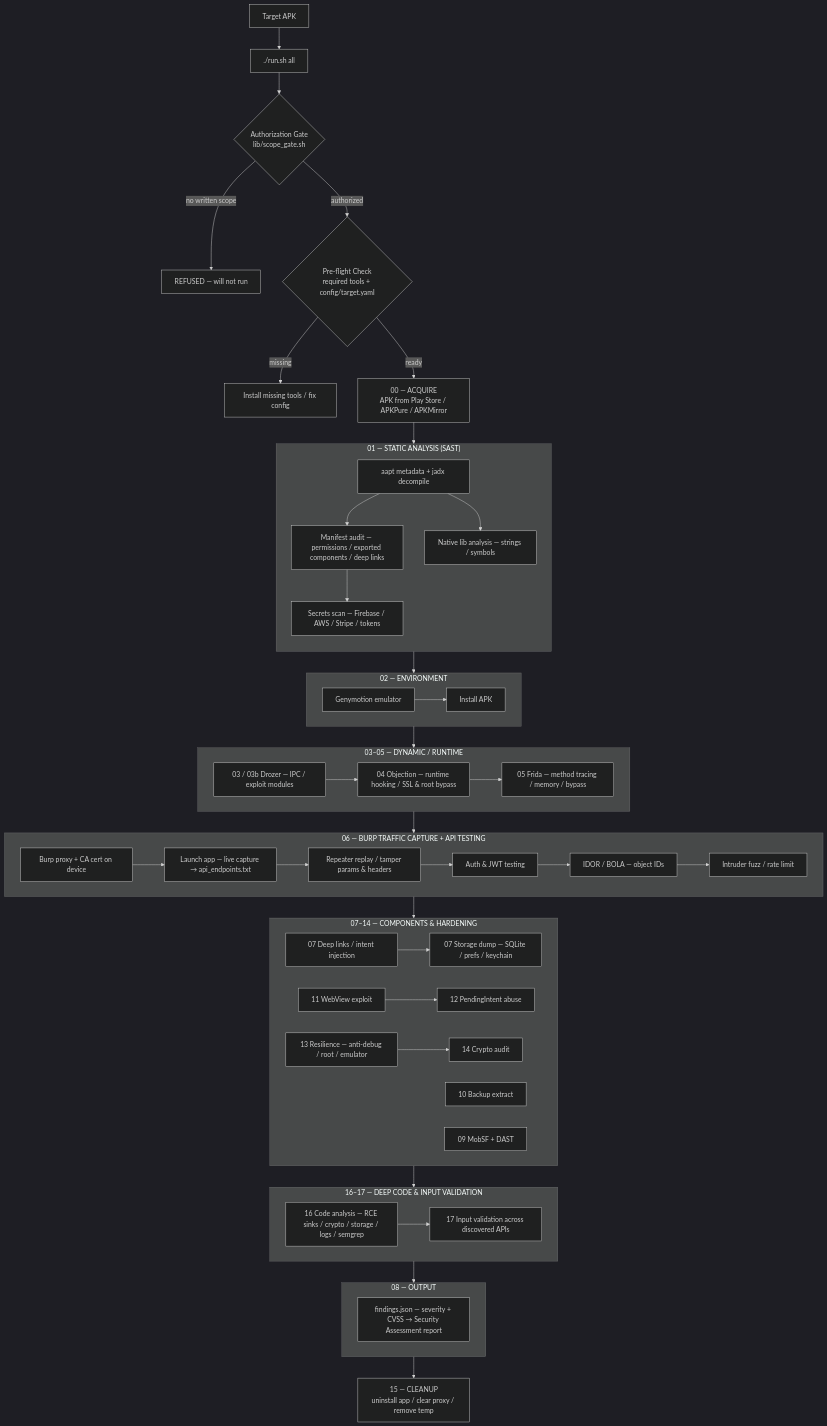
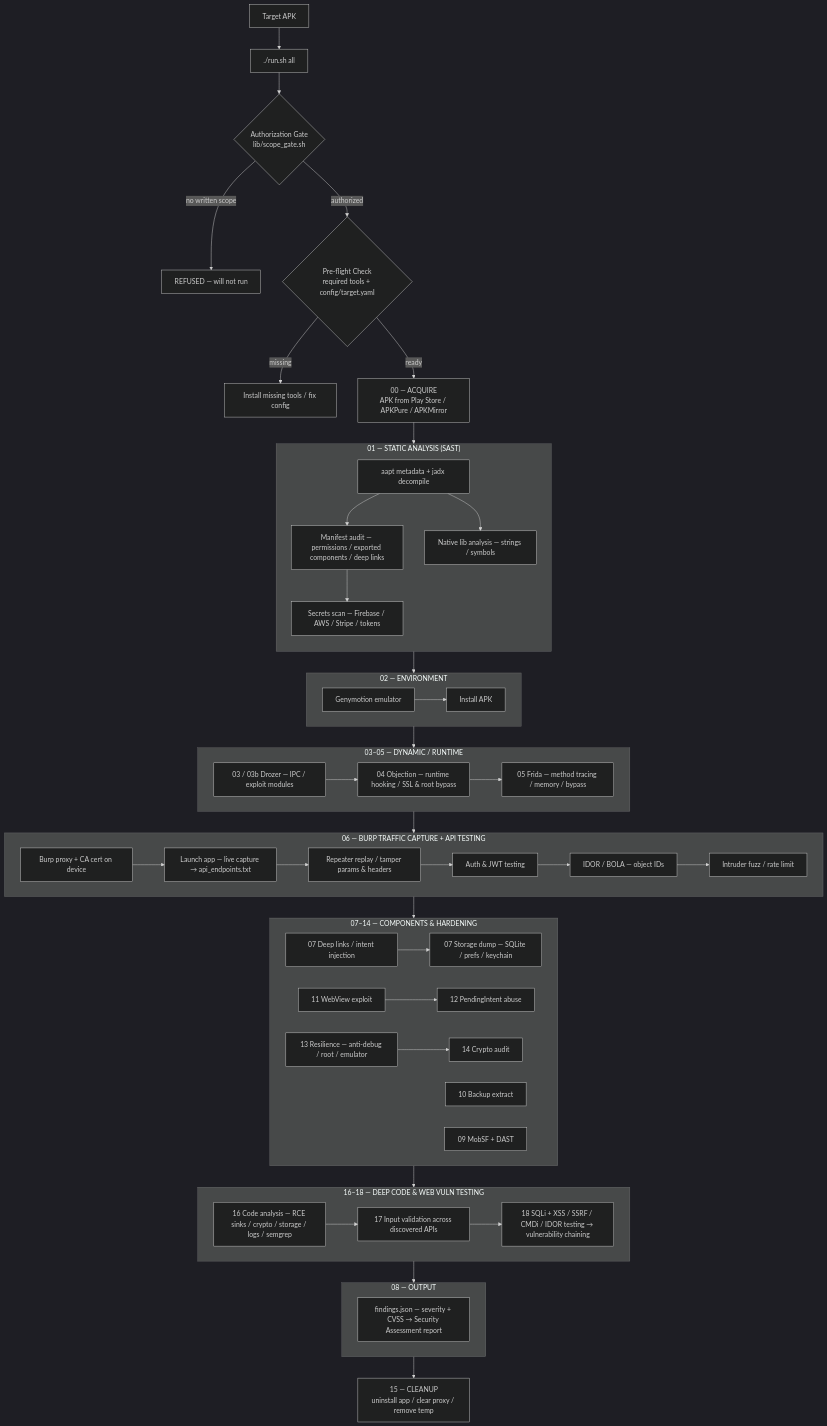
One commit to Vinayakji/viny-motion changed the diagram in README.md. Above: the diagram before and after it, drawn with Mermaid (dark theme). The commit also changed other lines of this file and 2 other files, not shown here.

First line of the commit message:
feat: add phase 18 — SQLi + multi-class web vuln testing with vulnerability chaining

````diff
--- a/README.md
+++ b/README.md
@@ -11,80 +11,82 @@
 ```mermaid
 flowchart TD
     APK[Target APK] --> RUN[./run.sh all]
     RUN --> GATE{Authorization Gate<br/>lib/scope_gate.sh}
     GATE -- "no written scope" --> REFUSE[REFUSED — will not run]
     GATE -- "authorized" --> CHECK{Pre-flight Check<br/>required tools + config/target.yaml}
     CHECK -- "missing" --> FIX[Install missing tools / fix config]
     CHECK -- "ready" --> S0
 
     S0["00 — ACQUIRE<br/>APK from Play Store / APKPure / APKMirror"]
 
     subgraph S1["01 — STATIC ANALYSIS (SAST)"]
         direction TB
         S1a[aapt metadata + jadx decompile]
         S1b[Manifest audit — permissions / exported components / deep links]
         S1c[Secrets scan — Firebase / AWS / Stripe / tokens]
         S1d[Native lib analysis — strings / symbols]
         S1a --> S1b --> S1c
         S1a --> S1d
     end
 
     S0 --> S1
 
     subgraph S2["02 — ENVIRONMENT"]
         S2a[Genymotion emulator]
         S2b[Install APK]
         S2a --> S2b
     end
     S1 --> S2
 
     subgraph S3["03–05 — DYNAMIC / RUNTIME"]
         S3a[03 / 03b Drozer — IPC / exploit modules]
         S3b[04 Objection — runtime hooking / SSL & root bypass]
         S3c[05 Frida — method tracing / memory / bypass]
         S3a --> S3b --> S3c
     end
     S2 --> S3
 
     subgraph S4["06 — BURP TRAFFIC CAPTURE + API TESTING"]
         S4a[Burp proxy + CA cert on device]
         S4b[Launch app — live capture → api_endpoints.txt]
         S4c[Repeater replay / tamper params & headers]
         S4d[Auth & JWT testing]
         S4e[IDOR / BOLA — object IDs]
         S4f[Intruder fuzz / rate limit]
         S4a --> S4b
         S4b --> S4c --> S4d --> S4e --> S4f
     end
     S3 --> S4
 
     subgraph S5["07–14 — COMPONENTS & HARDENING"]
         S5a[07 Deep links / intent injection]
         S5b[07 Storage dump — SQLite / prefs / keychain]
         S5c[10 Backup extract]
         S5d[11 WebView exploit]
         S5e[12 PendingIntent abuse]
         S5f[13 Resilience — anti-debug / root / emulator]
         S5g[14 Crypto audit]
         S5h[09 MobSF + DAST]
         S5a --> S5b
         S5d --> S5e
         S5f --> S5g
     end
     S4 --> S5
 
-    subgraph S6["16–17 — DEEP CODE & INPUT VALIDATION"]
+    subgraph S6["16–18 — DEEP CODE & WEB VULN TESTING"]
         S6a[16 Code analysis — RCE sinks / crypto / storage / logs / semgrep]
         S6b[17 Input validation across discovered APIs]
+        S6c[18 SQLi + XSS / SSRF / CMDi / IDOR testing → vulnerability chaining]
         S6a --> S6b
+        S6b --> S6c
     end
     S5 --> S6
 
     subgraph S7["08 — OUTPUT"]
         S7a[findings.json — severity + CVSS → Security Assessment report]
     end
     S6 --> S7
 
     S8["15 — CLEANUP<br/>uninstall app / clear proxy / remove temp"]
     S7 --> S8
 ```
````
